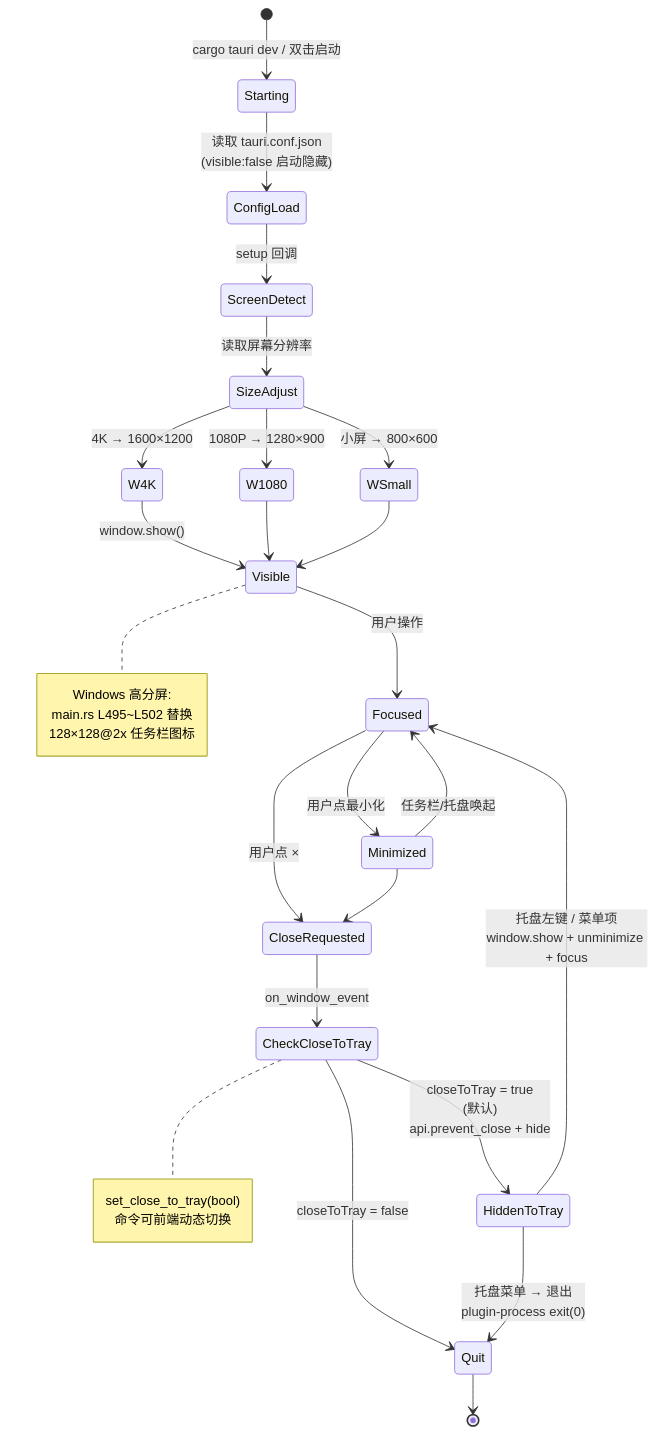
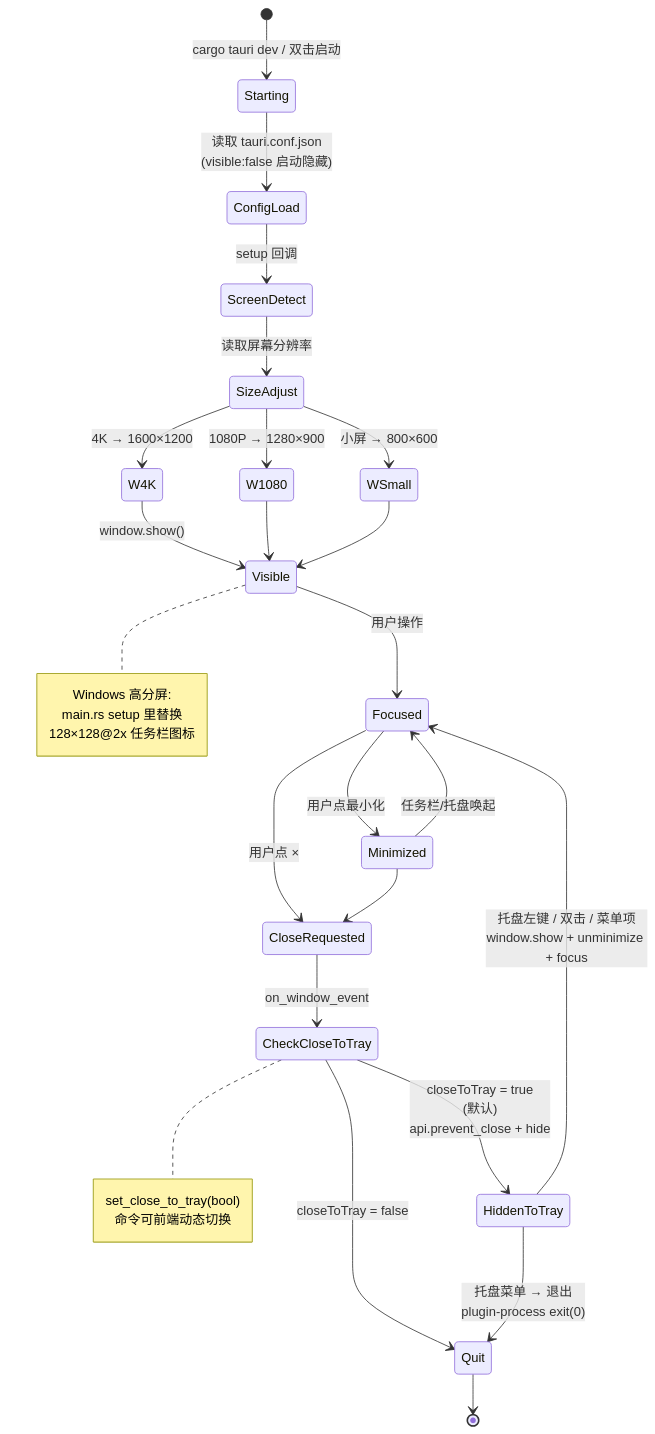
The first of 4 diagrams in docs/flows/window-system-integration.md (joeyliu6/PicNexus), drawn with Mermaid before and after one commit. The commit also changed other lines of this file and 11 other files, not shown here.

First line of the commit message:
docs: tray stage 8 done; native tray flow, decisions, platform limits and open items

````diff
--- a/docs/flows/window-system-integration.md
+++ b/docs/flows/window-system-integration.md
@@ -24,43 +25,43 @@
 ```mermaid
 stateDiagram-v2
     [*] --> Starting: cargo tauri dev / 双击启动
 
     Starting --> ConfigLoad: 读取 tauri.conf.json<br/>(visible:false 启动隐藏)
     ConfigLoad --> ScreenDetect: setup 回调
     ScreenDetect --> SizeAdjust: 读取屏幕分辨率
     SizeAdjust --> W4K: 4K → 1600×1200
     SizeAdjust --> W1080: 1080P → 1280×900
     SizeAdjust --> WSmall: 小屏 → 800×600
 
     W4K --> Visible: window.show()
     W1080 --> Visible
     WSmall --> Visible
 
     Visible --> Focused: 用户操作
 
     Focused --> Minimized: 用户点最小化
     Minimized --> Focused: 任务栏/托盘唤起
 
     Focused --> CloseRequested: 用户点 ×
     Minimized --> CloseRequested
 
     CloseRequested --> CheckCloseToTray: on_window_event
     CheckCloseToTray --> HiddenToTray: closeToTray = true<br/>(默认)<br/>api.prevent_close + hide
     CheckCloseToTray --> Quit: closeToTray = false
 
-    HiddenToTray --> Focused: 托盘左键 / 菜单项<br/>window.show + unminimize + focus
+    HiddenToTray --> Focused: 托盘左键 / 双击 / 菜单项<br/>window.show + unminimize + focus
     HiddenToTray --> Quit: 托盘菜单 → 退出<br/>plugin-process exit(0)
 
     Quit --> [*]
 
     note right of CheckCloseToTray
       set_close_to_tray(bool)
       命令可前端动态切换
     end note
 
     note right of Visible
       Windows 高分屏:
-      main.rs L495~L502 替换
+      main.rs setup 里替换
       128×128@2x 任务栏图标
     end note
 ```
````
